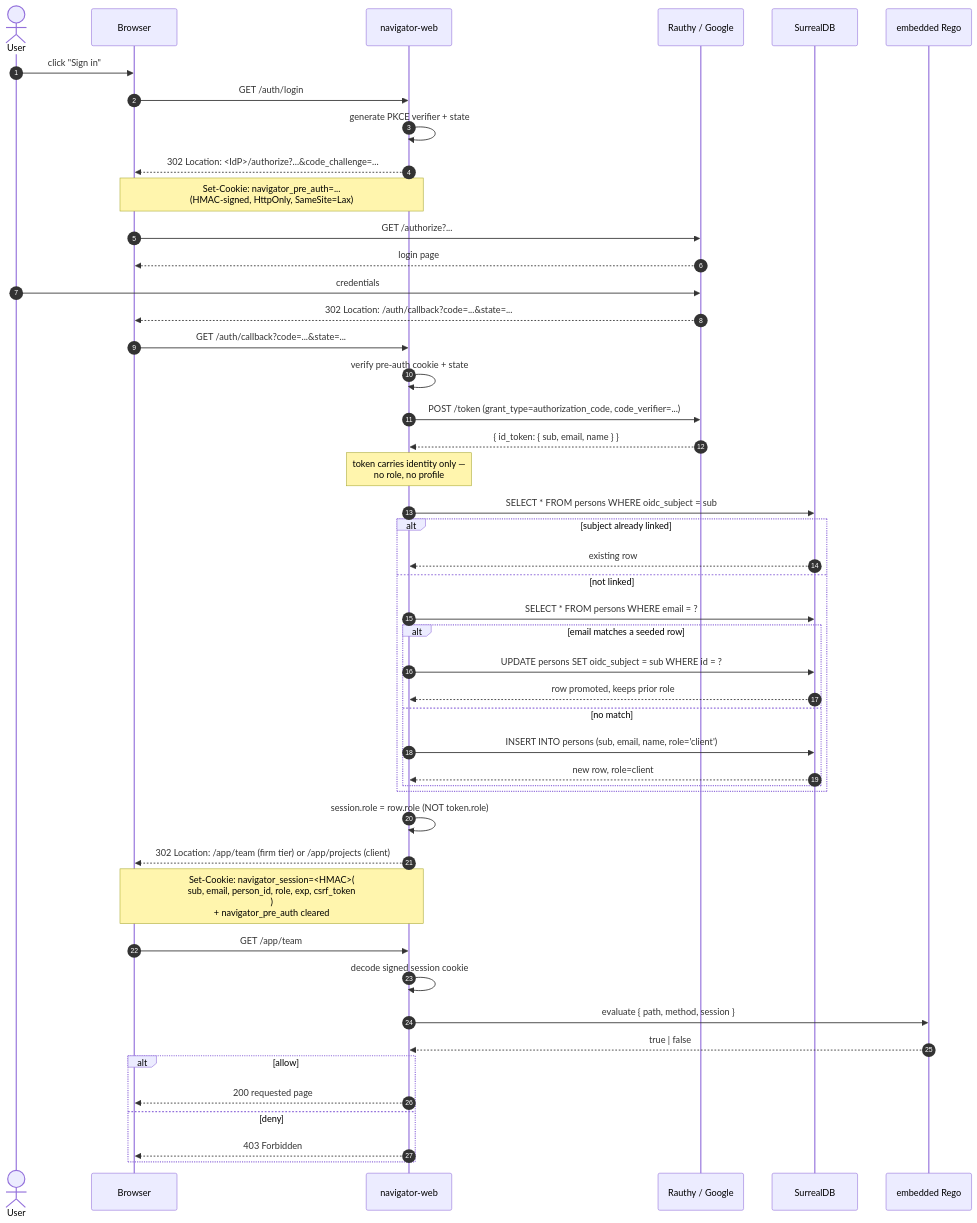
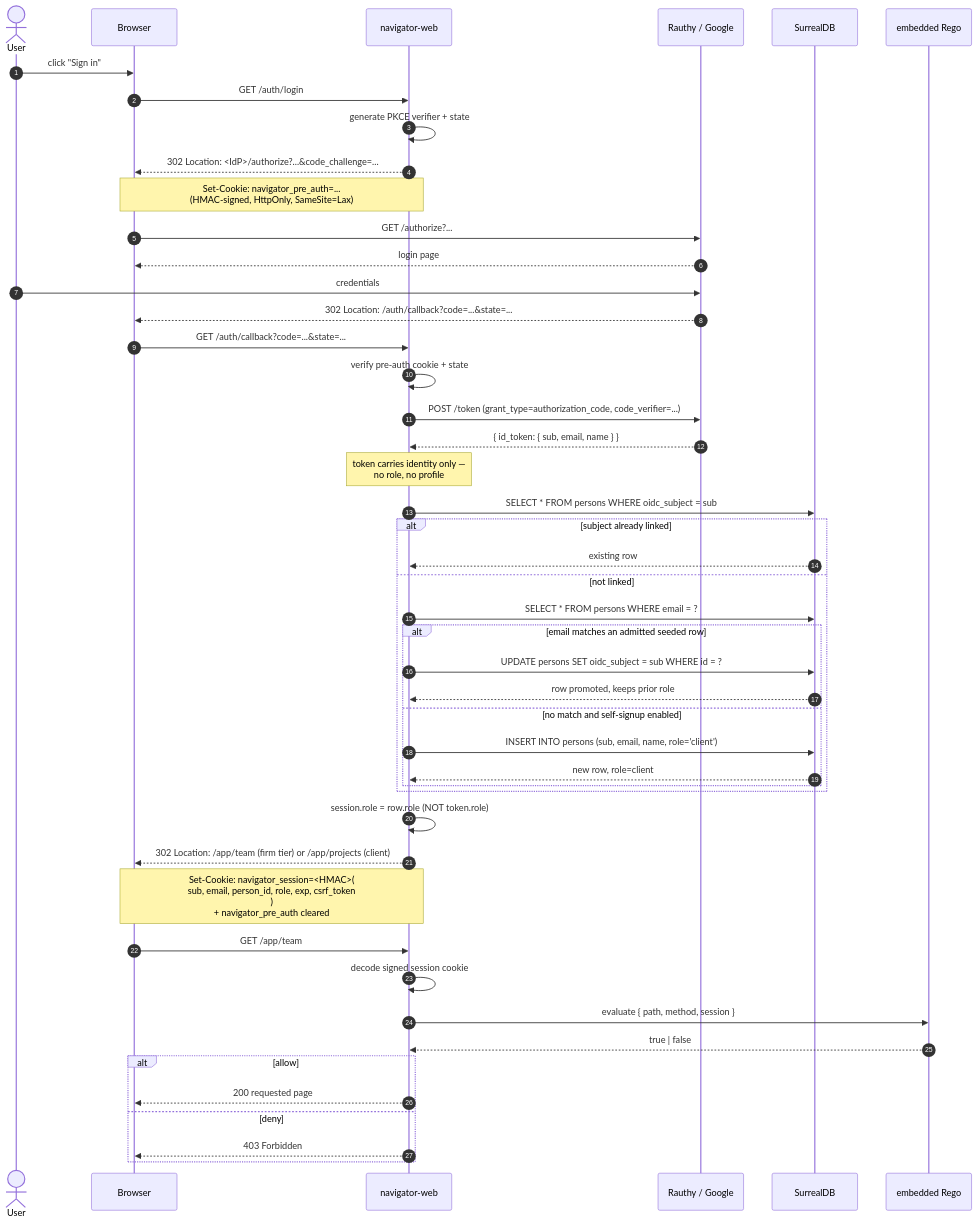
One commit to neon-law-source-code/navigator changed the first of 3 diagrams in docs/oidc.md. Above: the diagram before and after it, drawn with Mermaid. The commit also changed other lines of this file and 11 other files, not shown here.

````diff
--- a/docs/oidc.md
+++ b/docs/oidc.md
@@ -25,53 +26,53 @@
 ```mermaid
 sequenceDiagram
     autonumber
     actor User
     participant Browser
     participant Web as navigator-web
     participant IdP as Rauthy / Google
     participant DB as SurrealDB
     participant Policy as embedded Rego
 
     User->>Browser: click "Sign in"
     Browser->>Web: GET /auth/login
     Web->>Web: generate PKCE verifier + state
     Web-->>Browser: 302 Location: <IdP>/authorize?...&code_challenge=...
     Note over Web,Browser: Set-Cookie: navigator_pre_auth=...<br/>(HMAC-signed, HttpOnly, SameSite=Lax)
     Browser->>IdP: GET /authorize?...
     IdP-->>Browser: login page
     User->>IdP: credentials
     IdP-->>Browser: 302 Location: /auth/callback?code=...&state=...
     Browser->>Web: GET /auth/callback?code=...&state=...
     Web->>Web: verify pre-auth cookie + state
     Web->>IdP: POST /token (grant_type=authorization_code, code_verifier=...)
     IdP-->>Web: { id_token: { sub, email, name } }
     Note over Web: token carries identity only —<br/>no role, no profile
 
     Web->>DB: SELECT * FROM persons WHERE oidc_subject = sub
     alt subject already linked
         DB-->>Web: existing row
     else not linked
         Web->>DB: SELECT * FROM persons WHERE email = ?
-        alt email matches a seeded row
+        alt email matches an admitted seeded row
             Web->>DB: UPDATE persons SET oidc_subject = sub WHERE id = ?
             DB-->>Web: row promoted, keeps prior role
-        else no match
+        else no match and self-signup enabled
             Web->>DB: INSERT INTO persons (sub, email, name, role='client')
             DB-->>Web: new row, role=client
         end
     end
 
     Web->>Web: session.role = row.role  (NOT token.role)
     Web-->>Browser: 302 Location: /app/team (firm tier) or /app/projects (client)
     Note over Web,Browser: Set-Cookie: navigator_session=<HMAC>(<br/>  sub, email, person_id, role, exp, csrf_token<br/>)<br/>+ navigator_pre_auth cleared
 
     Browser->>Web: GET /app/team
     Web->>Web: decode signed session cookie
     Web->>Policy: evaluate { path, method, session }
     Policy-->>Web: true | false
     alt allow
         Web-->>Browser: 200 requested page
     else deny
         Web-->>Browser: 403 Forbidden
     end
 ```
````
